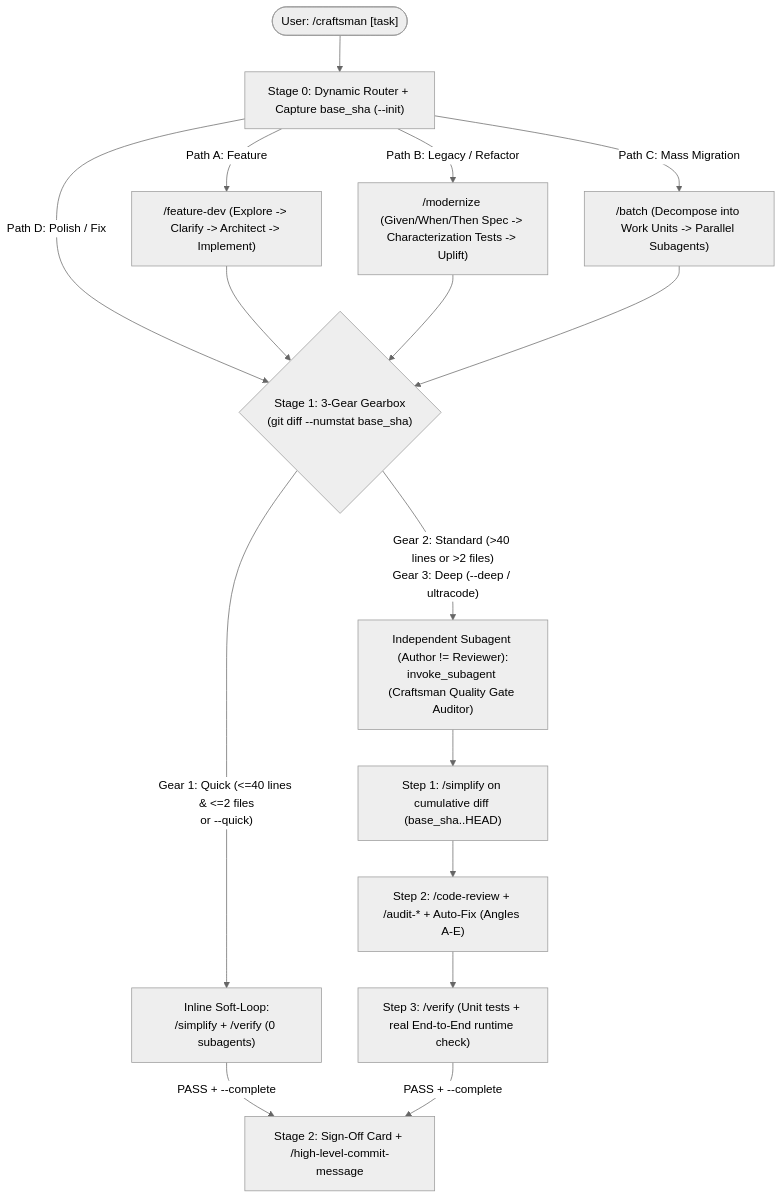
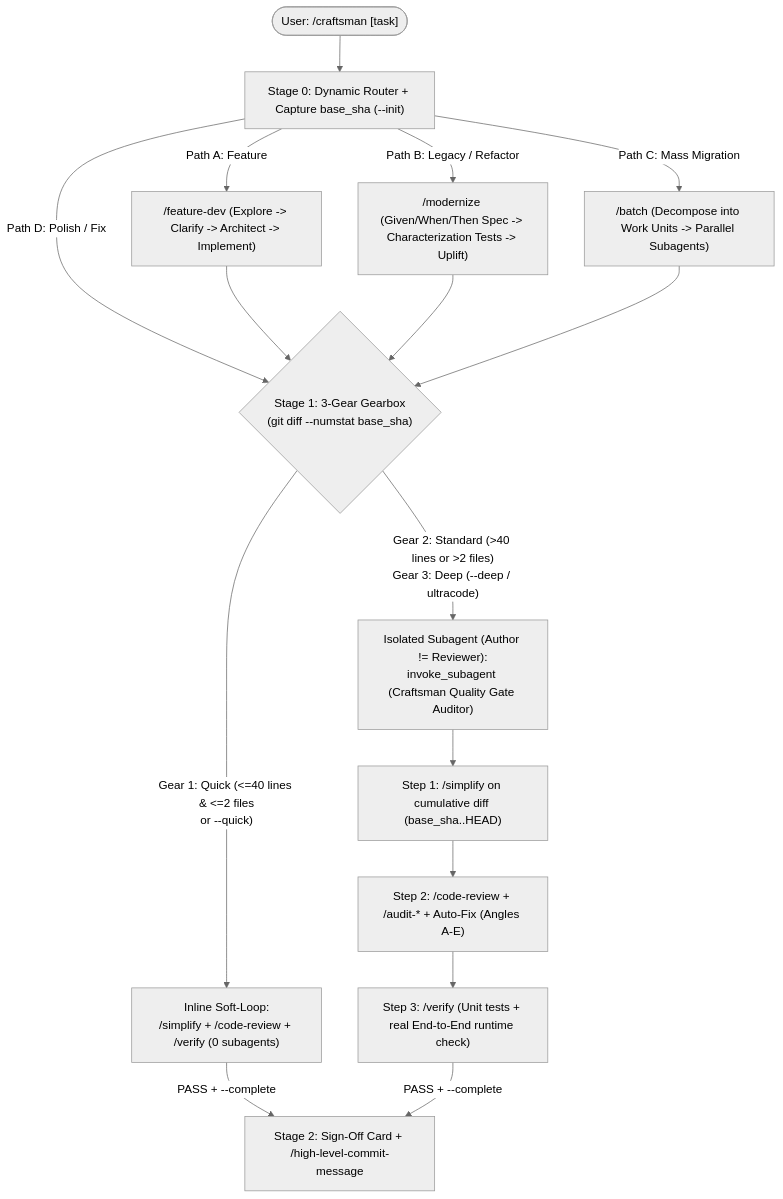
Before and after one commit to BuczynskiRafal/craftsman: the diagram in README.md, drawn with Mermaid (neutral theme). The commit also changed other lines of this file, not shown here.

````diff
--- a/README.md
+++ b/README.md
@@ -75,23 +96,23 @@
 ```mermaid
 flowchart TD
     User(["User: /craftsman [task]"]) --> Triage["Stage 0: Dynamic Router + Capture base_sha (--init)"]
 
     Triage -->|"Path A: Feature"| Arch["/feature-dev (Explore -> Clarify -> Architect -> Implement)"]
     Triage -->|"Path B: Legacy / Refactor"| Mod["/modernize (Given/When/Then Spec -> Characterization Tests -> Uplift)"]
     Triage -->|"Path C: Mass Migration"| Batch["/batch (Decompose into Work Units -> Parallel Subagents)"]
     Triage -->|"Path D: Polish / Fix"| Gearbox{"Stage 1: 3-Gear Gearbox\n(git diff --numstat base_sha)"}
 
     Arch --> Gearbox
     Mod --> Gearbox
     Batch --> Gearbox
 
-    Gearbox -->|"Gear 1: Quick (<=40 lines & <=2 files\nor --quick)"| SoftLoop["Inline Soft-Loop:\n/simplify + /verify (0 subagents)"]
-    Gearbox -->|"Gear 2: Standard (>40 lines or >2 files)\nGear 3: Deep (--deep / ultracode)"| Subagent["Independent Subagent (Author != Reviewer):\ninvoke_subagent (Craftsman Quality Gate Auditor)"]
+    Gearbox -->|"Gear 1: Quick (<=40 lines & <=2 files\nor --quick)"| SoftLoop["Inline Soft-Loop:\n/simplify + /code-review + /verify (0 subagents)"]
+    Gearbox -->|"Gear 2: Standard (>40 lines or >2 files)\nGear 3: Deep (--deep / ultracode)"| Subagent["Isolated Subagent (Author != Reviewer):\ninvoke_subagent (Craftsman Quality Gate Auditor)"]
 
     Subagent --> Simplify["Step 1: /simplify on cumulative diff (base_sha..HEAD)"]
     Simplify --> Review["Step 2: /code-review + /audit-* + Auto-Fix (Angles A-E)"]
     Review --> Verify["Step 3: /verify (Unit tests + real End-to-End runtime check)"]
 
     SoftLoop -->|"PASS + --complete"| Commit["Stage 2: Sign-Off Card + /high-level-commit-message"]
     Verify -->|"PASS + --complete"| Commit
 ```
````
